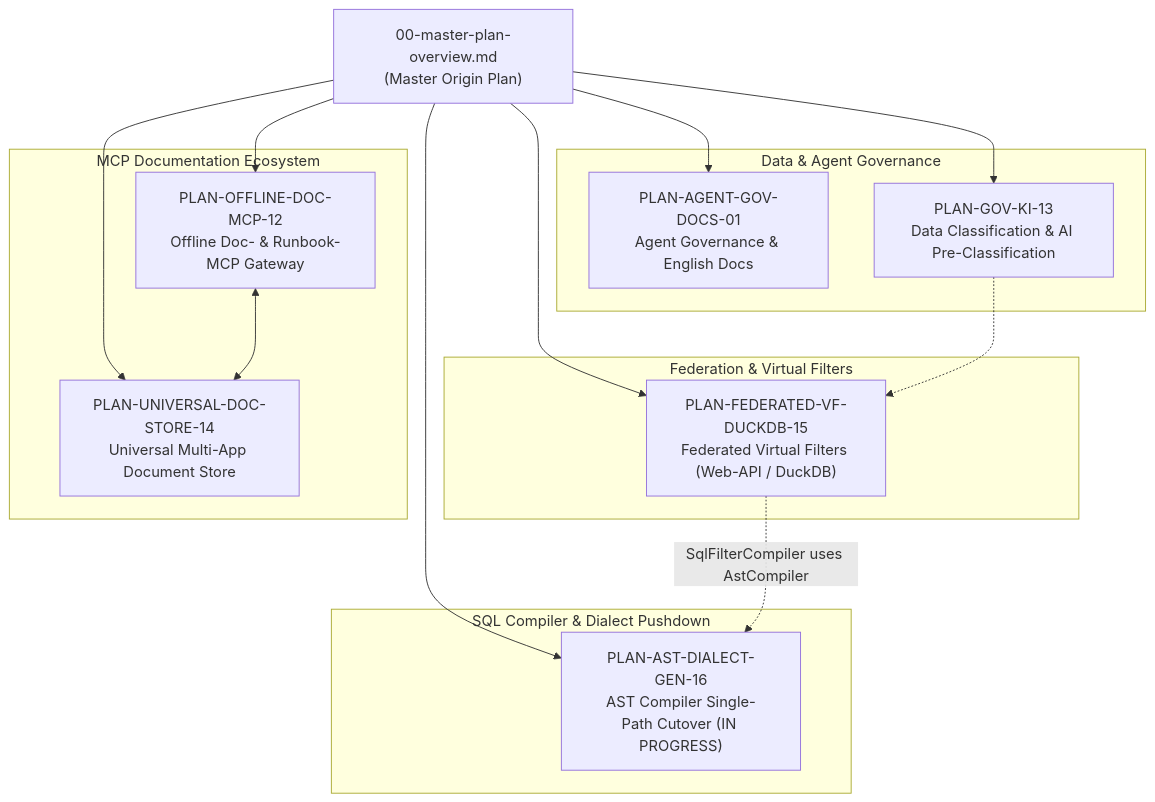
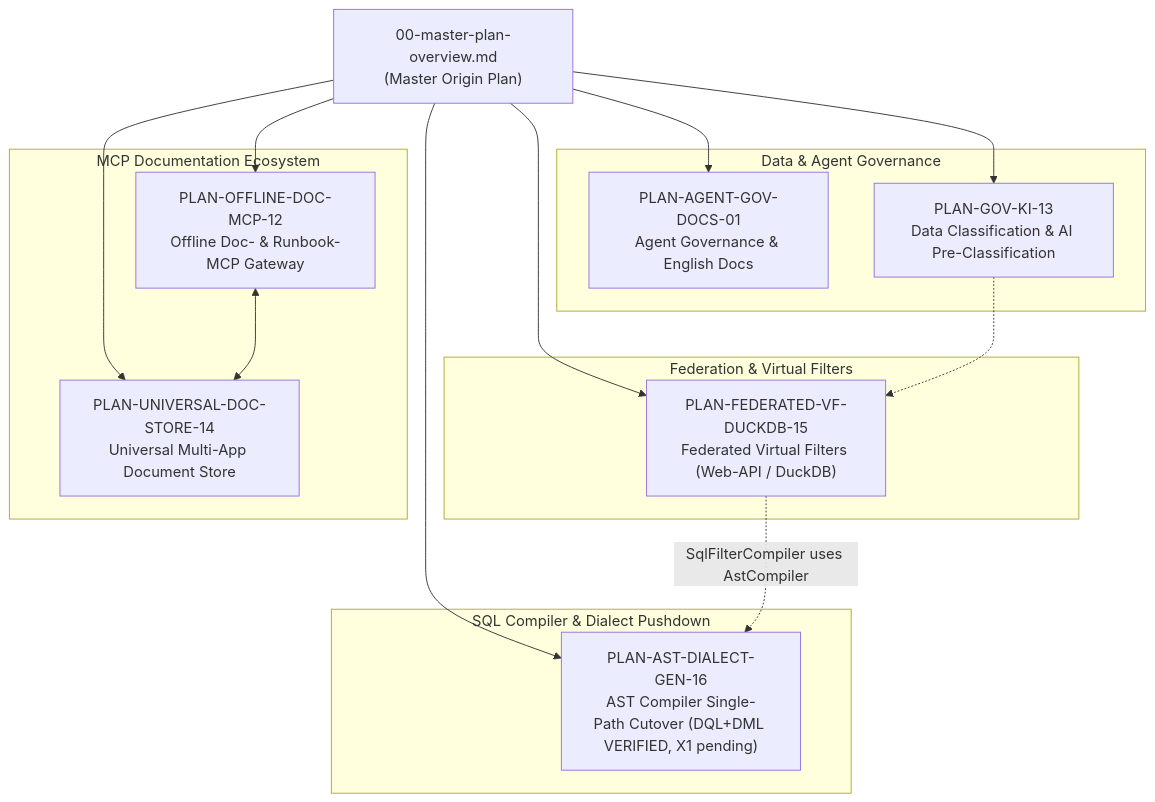
One commit to themulle/autheris changed the diagram in docs/plans/00-master-plan-overview.md. Above: the diagram before and after it, drawn with Mermaid. The commit also changed other lines of this file, not shown here.

Commit message:
docs(plans): list production wiring as X1 precondition and update graph node for PLAN-AST-DIALECT-GEN-16

````diff
--- a/docs/plans/00-master-plan-overview.md
+++ b/docs/plans/00-master-plan-overview.md
@@ -38,33 +38,33 @@
 ```mermaid
 flowchart TD
     MP["00-master-plan-overview.md<br/>(Master Origin Plan)"]
     
     subgraph Governance ["Data & Agent Governance"]
         AG["PLAN-AGENT-GOV-DOCS-01<br/>Agent Governance & English Docs"]
         DK["PLAN-GOV-KI-13<br/>Data Classification & AI Pre-Classification"]
     end
     
     subgraph ExecutionEngine ["Federation & Virtual Filters"]
         VF["PLAN-FEDERATED-VF-DUCKDB-15<br/>Federated Virtual Filters (Web-API / DuckDB)"]
     end
     
     subgraph DocMCP ["MCP Documentation Ecosystem"]
         DM["PLAN-OFFLINE-DOC-MCP-12<br/>Offline Doc- & Runbook-MCP Gateway"]
         UDS["PLAN-UNIVERSAL-DOC-STORE-14<br/>Universal Multi-App Document Store"]
     end
 
     subgraph SqlCompiler ["SQL Compiler & Dialect Pushdown"]
-        ADG["PLAN-AST-DIALECT-GEN-16<br/>AST Compiler Single-Path Cutover (IN PROGRESS)"]
+        ADG["PLAN-AST-DIALECT-GEN-16<br/>AST Compiler Single-Path Cutover (DQL+DML VERIFIED, X1 pending)"]
     end
 
     MP --> AG
     MP --> DK
     MP --> VF
     MP --> DM
     MP --> UDS
 
     DM <--> UDS
     DK -.-> VF
     MP --> ADG
     VF -.->|"SqlFilterCompiler uses AstCompiler"| ADG
 ```
````
